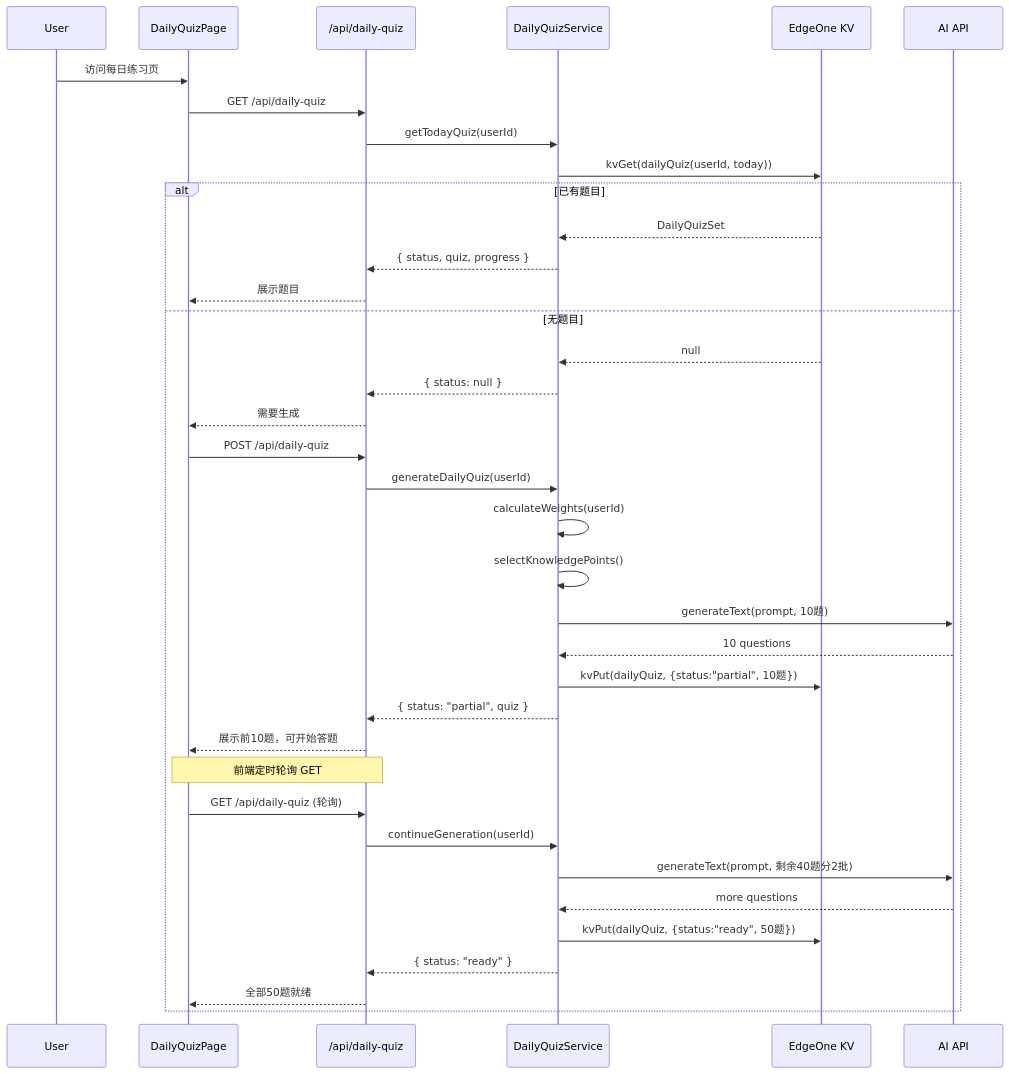
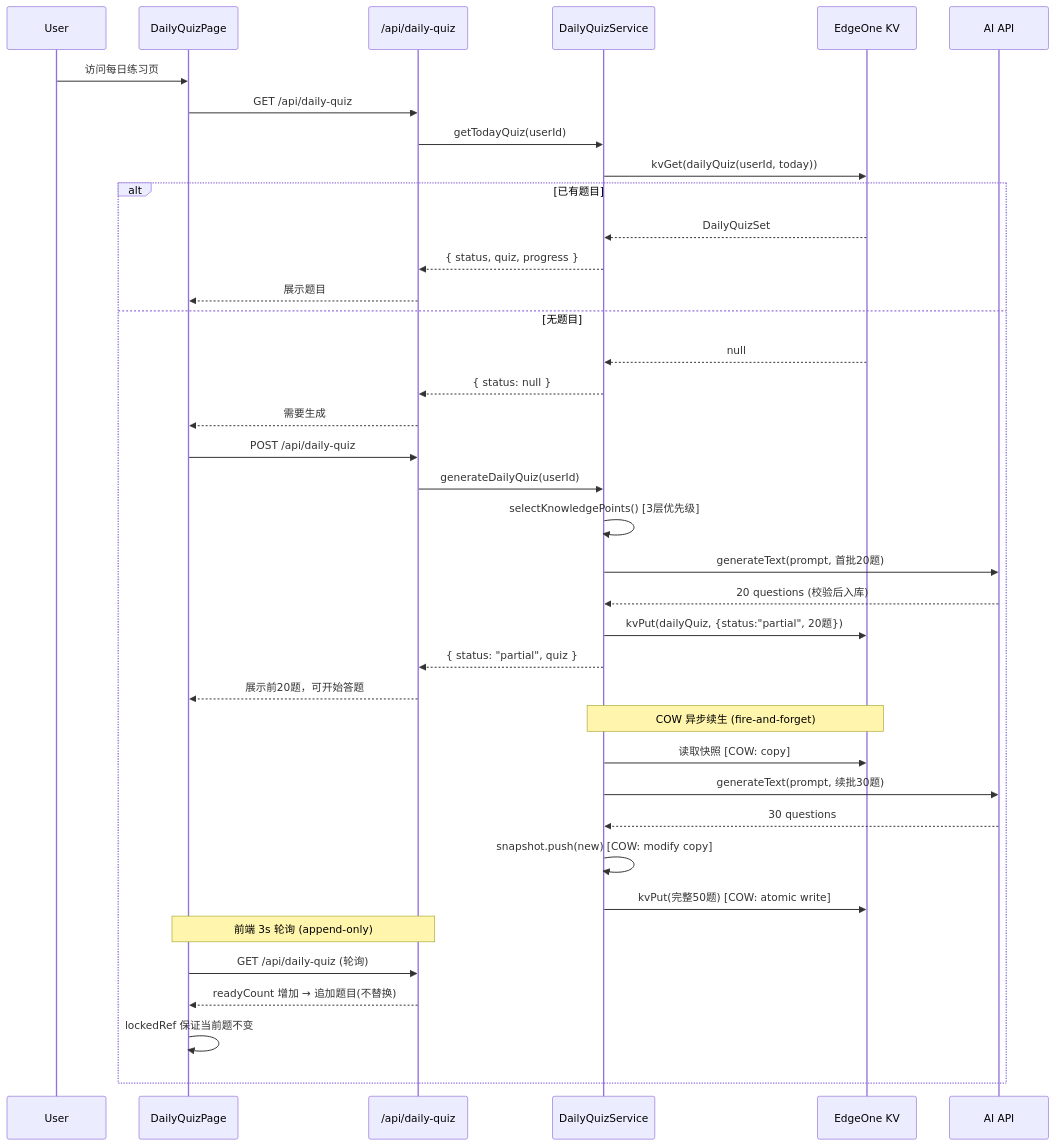
One commit to sammuelchan/med-recallix changed the second of 4 diagrams in docs/DESIGN-daily-quiz.md. Above: the diagram before and after it, drawn with Mermaid. The commit also changed other lines of this file and 1 other file, not shown here.

First line of the commit message:
docs: update daily-quiz design with COW architecture and regenerate API

````diff
--- a/docs/DESIGN-daily-quiz.md
+++ b/docs/DESIGN-daily-quiz.md
@@ -375,42 +384,44 @@
 ```mermaid
 sequenceDiagram
     participant User
     participant Page as DailyQuizPage
     participant API as /api/daily-quiz
     participant Service as DailyQuizService
     participant KV as EdgeOne KV
     participant AI as AI API
 
     User->>Page: 访问每日练习页
     Page->>API: GET /api/daily-quiz
     API->>Service: getTodayQuiz(userId)
     Service->>KV: kvGet(dailyQuiz(userId, today))
     
     alt 已有题目
         KV-->>Service: DailyQuizSet
         Service-->>API: { status, quiz, progress }
         API-->>Page: 展示题目
     else 无题目
         KV-->>Service: null
         Service-->>API: { status: null }
         API-->>Page: 需要生成
         Page->>API: POST /api/daily-quiz
         API->>Service: generateDailyQuiz(userId)
-        Service->>Service: calculateWeights(userId)
-        Service->>Service: selectKnowledgePoints()
-        Service->>AI: generateText(prompt, 10题)
-        AI-->>Service: 10 questions
-        Service->>KV: kvPut(dailyQuiz, {status:"partial", 10题})
+        Service->>Service: selectKnowledgePoints() [3层优先级]
+        Service->>AI: generateText(prompt, 首批20题)
+        AI-->>Service: 20 questions (校验后入库)
+        Service->>KV: kvPut(dailyQuiz, {status:"partial", 20题})
         Service-->>API: { status: "partial", quiz }
-        API-->>Page: 展示前10题，可开始答题
+        API-->>Page: 展示前20题，可开始答题
         
-        Note over Page,API: 前端定时轮询 GET
+        Note over Service,KV: COW 异步续生 (fire-and-forget)
+        Service->>KV: 读取快照 [COW: copy]
+        Service->>AI: generateText(prompt, 续批30题)
+        AI-->>Service: 30 questions
+        Service->>Service: snapshot.push(new) [COW: modify copy]
+        Service->>KV: kvPut(完整50题) [COW: atomic write]
+
+        Note over Page,API: 前端 3s 轮询 (append-only)
         Page->>API: GET /api/daily-quiz (轮询)
-        API->>Service: continueGeneration(userId)
-        Service->>AI: generateText(prompt, 剩余40题分2批)
-        AI-->>Service: more questions
-        Service->>KV: kvPut(dailyQuiz, {status:"ready", 50题})
-        Service-->>API: { status: "ready" }
-        API-->>Page: 全部50题就绪
+        API-->>Page: readyCount 增加 → 追加题目(不替换)
+        Page->>Page: lockedRef 保证当前题不变
     end
 ```
````
